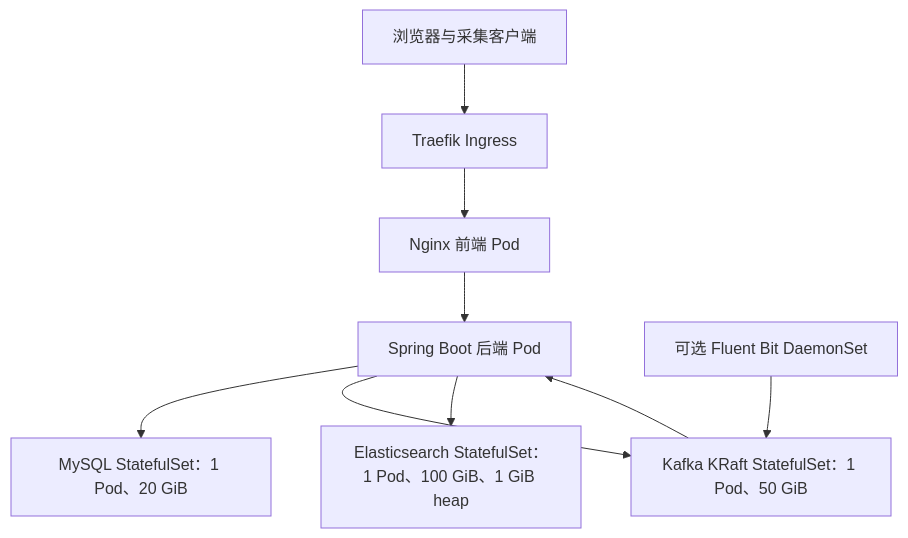
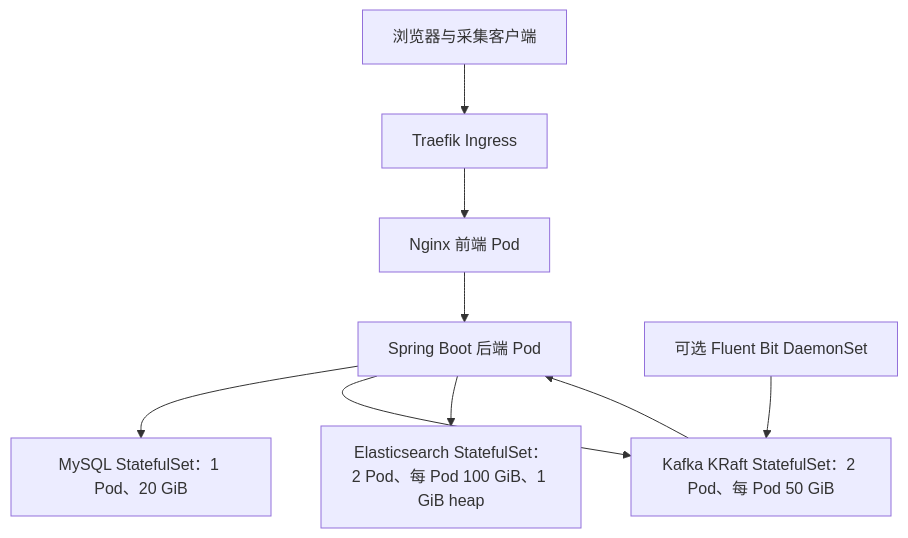
One commit to zhouyi-zjz/log-platform-ai changed the second of 5 diagrams in docs/architecture/current-architecture-and-blueprint.md. Above: the diagram before and after it, drawn with Mermaid. The commit also changed other lines of this file and 12 other files, not shown here.

````diff
--- a/docs/architecture/current-architecture-and-blueprint.md
+++ b/docs/architecture/current-architecture-and-blueprint.md
@@ -89,13 +89,13 @@
 ```mermaid
 flowchart TB
     CLIENT["浏览器与采集客户端"] --> INGRESS["Traefik Ingress"]
     INGRESS --> NGINX["Nginx 前端 Pod"]
     NGINX --> BACKEND["Spring Boot 后端 Pod"]
 
     BACKEND --> MYSQL["MySQL StatefulSet：1 Pod、20 GiB"]
-    BACKEND --> KAFKA["Kafka KRaft StatefulSet：1 Pod、50 GiB"]
-    BACKEND --> ES["Elasticsearch StatefulSet：1 Pod、100 GiB、1 GiB heap"]
+    BACKEND --> KAFKA["Kafka KRaft StatefulSet：2 Pod、每 Pod 50 GiB"]
+    BACKEND --> ES["Elasticsearch StatefulSet：2 Pod、每 Pod 100 GiB、1 GiB heap"]
     FB["可选 Fluent Bit DaemonSet"] --> KAFKA
 
     KAFKA --> BACKEND
 ```
````
